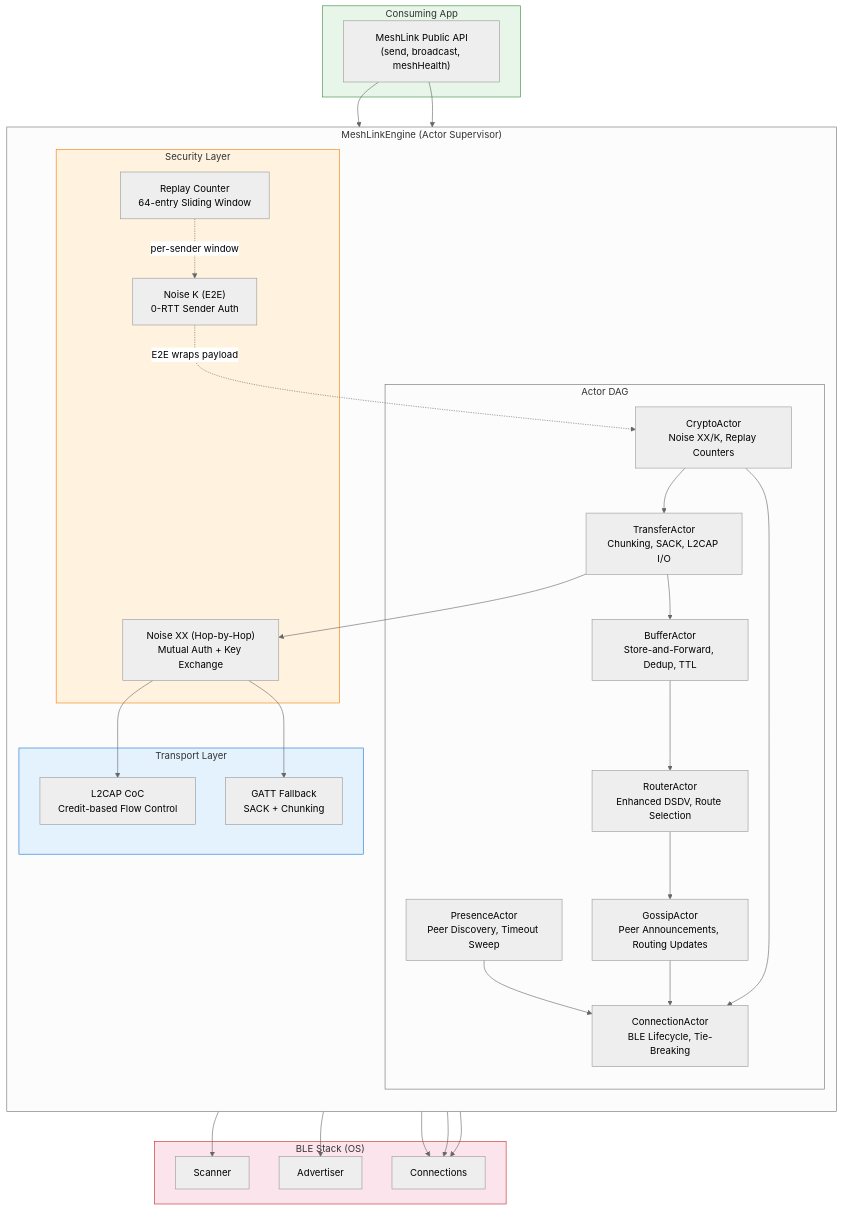
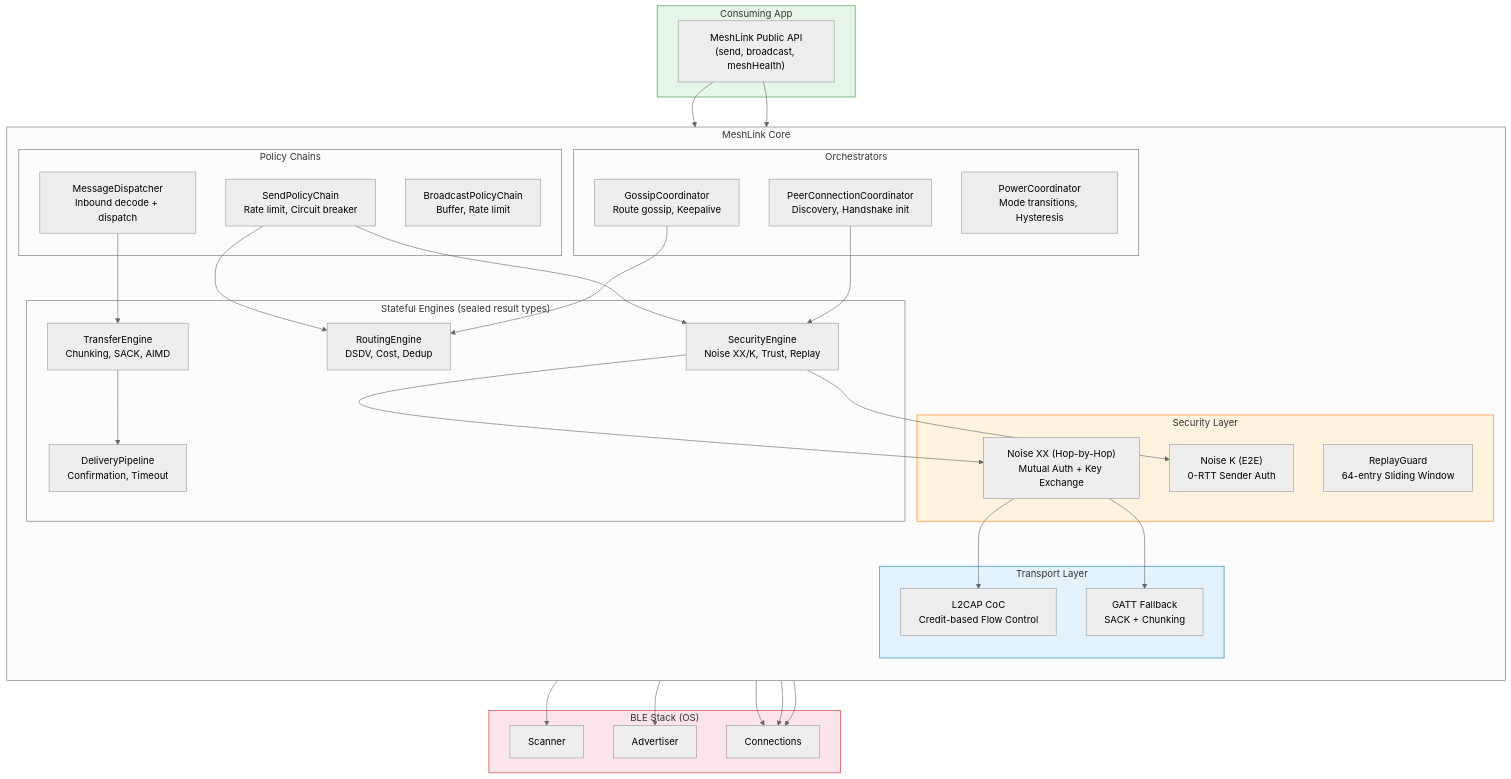
The sixth of 14 diagrams in docs/diagrams.md (trancee/MeshLink), drawn with Mermaid (neutral theme) before and after one commit. The commit also changed other lines of this file and 3 other files, not shown here.

````diff
--- a/docs/diagrams.md
+++ b/docs/diagrams.md
@@ -132,64 +135,65 @@
 ```mermaid
 flowchart TB
     subgraph App["Consuming App"]
         API["MeshLink Public API<br/>(send, broadcast, meshHealth)"]
     end
 
-    subgraph MeshLinkEngine["MeshLinkEngine (Actor Supervisor)"]
+    subgraph Core["MeshLink Core"]
         direction TB
 
-        subgraph Actors["Actor DAG"]
-            TA["TransferActor<br/>Chunking, SACK, L2CAP I/O"]
-            BA["BufferActor<br/>Store-and-Forward, Dedup, TTL"]
-            RA["RouterActor<br/>Enhanced DSDV, Route Selection"]
-            PA["PresenceActor<br/>Peer Discovery, Timeout Sweep"]
-            CA["ConnectionActor<br/>BLE Lifecycle, Tie-Breaking"]
-            GA["GossipActor<br/>Peer Announcements, Routing Updates"]
-            CRA["CryptoActor<br/>Noise XX/K, Replay Counters"]
+        subgraph Engines["Stateful Engines (sealed result types)"]
+            SE["SecurityEngine<br/>Noise XX/K, Trust, Replay"]
+            RE["RoutingEngine<br/>DSDV, Cost, Dedup"]
+            TE["TransferEngine<br/>Chunking, SACK, AIMD"]
+            DP["DeliveryPipeline<br/>Confirmation, Timeout"]
+        end
+
+        subgraph Coordinators["Orchestrators"]
+            PC["PowerCoordinator<br/>Mode transitions, Hysteresis"]
+            GC["GossipCoordinator<br/>Route gossip, Keepalive"]
+            PCC["PeerConnectionCoordinator<br/>Discovery, Handshake init"]
+        end
+
+        subgraph Policies["Policy Chains"]
+            SPC["SendPolicyChain<br/>Rate limit, Circuit breaker"]
+            BPC["BroadcastPolicyChain<br/>Buffer, Rate limit"]
+            MD["MessageDispatcher<br/>Inbound decode + dispatch"]
         end
 
         subgraph Security["Security Layer"]
             NK["Noise K (E2E)<br/>0-RTT Sender Auth"]
             NXX["Noise XX (Hop-by-Hop)<br/>Mutual Auth + Key Exchange"]
-            RC["Replay Counter<br/>64-entry Sliding Window"]
+            RC["ReplayGuard<br/>64-entry Sliding Window"]
         end
 
         subgraph Transport["Transport Layer"]
             L2CAP["L2CAP CoC<br/>Credit-based Flow Control"]
             GATT["GATT Fallback<br/>SACK + Chunking"]
         end
     end
 
     subgraph BLE["BLE Stack (OS)"]
         SCAN["Scanner"]
         ADV["Advertiser"]
         CONN["Connections"]
     end
 
-    API --> TA
-    API --> BA
-    TA --> BA
-    TA --> NXX
-    BA --> RA
-    RA --> GA
-    PA --> CA
-    GA --> CA
-    CRA --> TA
-    CRA --> CA
+    API --> SPC & BPC
+    SPC --> SE
+    SPC --> RE
+    SE --> NXX & NK
+    TE --> DP
+    MD --> TE
+    GC --> RE
+    PCC --> SE
 
-    NXX --> L2CAP
-    NXX --> GATT
-    NK -.->|"E2E wraps payload"| CRA
-    RC -.->|"per-sender window"| NK
-
-    L2CAP --> CONN
-    GATT --> CONN
-    PA --> SCAN
-    CA --> ADV
-    CA --> CONN
+    NXX --> L2CAP & GATT
+    L2CAP & GATT --> CONN
+    PC --> SCAN & ADV
+    PCC --> CONN
 
     style App fill:#e8f5e9,stroke:#388e3c
     style Security fill:#fff3e0,stroke:#f57c00
     style Transport fill:#e3f2fd,stroke:#1976d2
     style BLE fill:#fce4ec,stroke:#c62828
 ```
````
